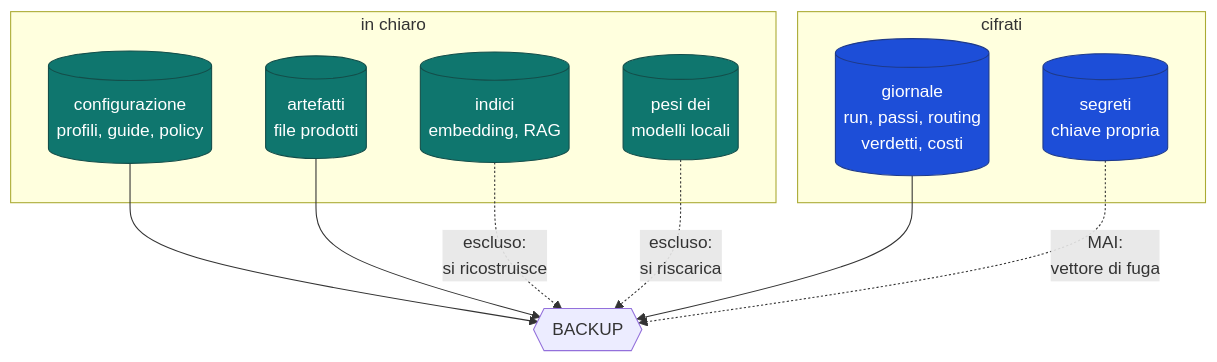
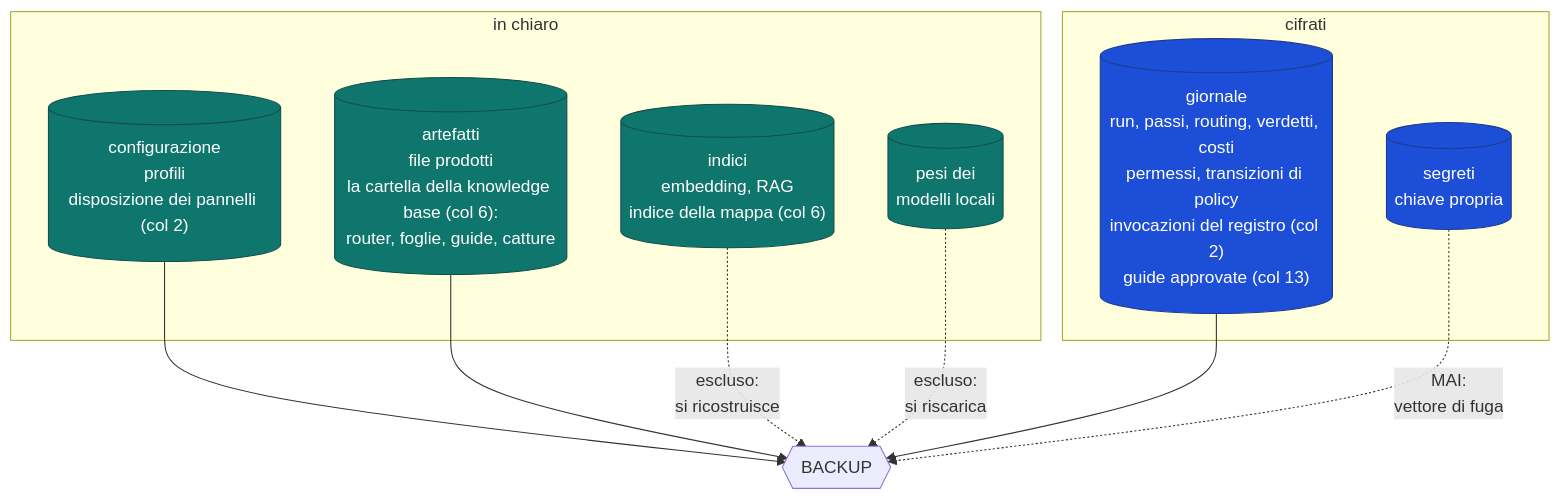
One commit to devfrx/daemon changed the first of 4 diagrams in docs/design/09-l0-fisico.md. Above: the diagram before and after it, drawn with Mermaid. The commit also changed other lines of this file and 7 other files, not shown here.

````diff
--- a/docs/design/09-l0-fisico.md
+++ b/docs/design/09-l0-fisico.md
@@ -13,25 +22,25 @@
 ```mermaid
 flowchart TB
     subgraph CIF["cifrati"]
-        G[("giornale<br/>run, passi, routing<br/>verdetti, costi")]
+        G[("giornale<br/>run, passi, routing, verdetti, costi<br/>permessi, transizioni di policy<br/>invocazioni del registro (col 2)<br/>guide approvate (col 13)")]
         S[("segreti<br/>chiave propria")]
     end
     subgraph CHI["in chiaro"]
-        C[("configurazione<br/>profili, guide, policy")]
-        A[("artefatti<br/>file prodotti")]
-        I[("indici<br/>embedding, RAG")]
+        C[("configurazione<br/>profili<br/>disposizione dei pannelli (col 2)")]
+        A[("artefatti<br/>file prodotti<br/>la cartella della knowledge base (col 6):<br/>router, foglie, guide, catture")]
+        I[("indici<br/>embedding, RAG<br/>indice della mappa (col 6)")]
         M[("pesi dei<br/>modelli locali")]
     end
 
     G --> B{{"BACKUP"}}
     C --> B
     A --> B
     I -.->|"escluso:<br/>si ricostruisce"| B
     M -.->|"escluso:<br/>si riscarica"| B
     S -.->|"MAI:<br/>vettore di fuga"| B
 
     classDef enc fill:#1d4ed8,stroke:#1e3a8a,color:#fff
     classDef plain fill:#0f766e,stroke:#134e4a,color:#fff
     class G,S enc
     class C,A,I,M plain
 ```
````
